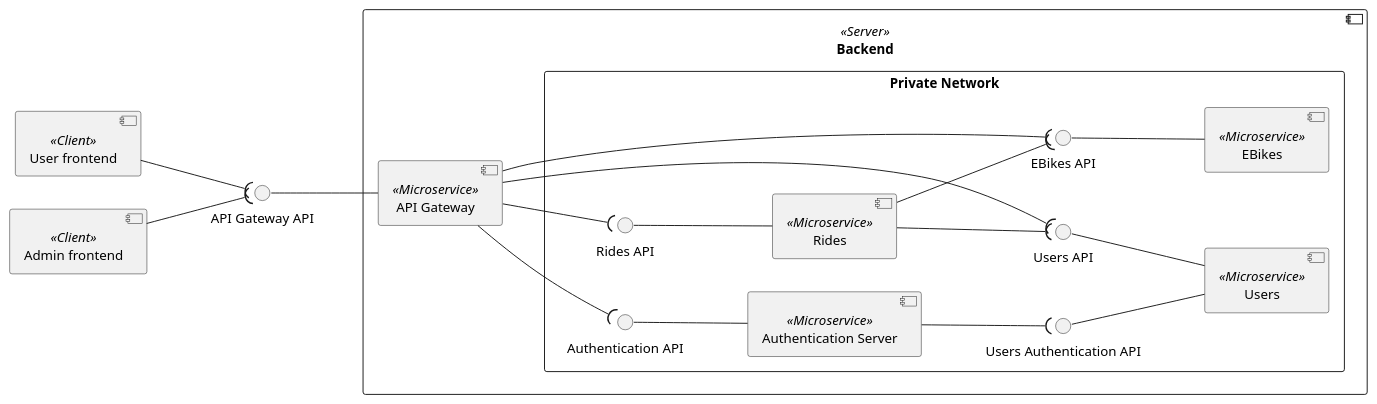
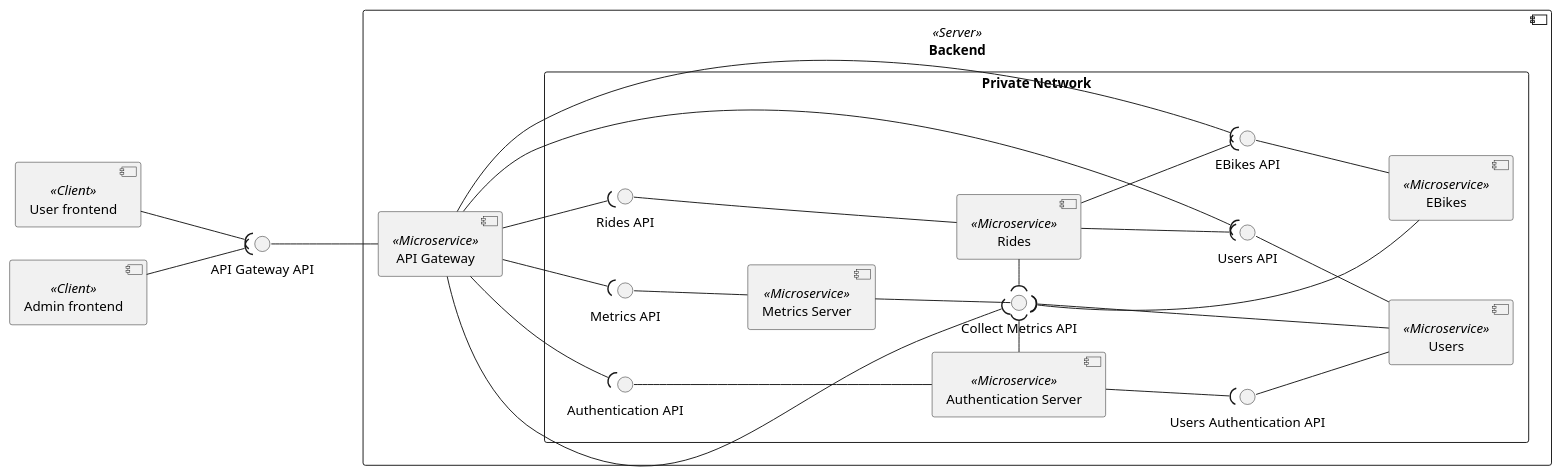
One commit to Ventus218/SAP-assignment-02 changed the diagram in doc/diagrams/src/components.puml. Above: the diagram before and after it, drawn with PlantUML. The commit also changed 11 other files, not shown here.

Commit message:
Added Metrics Server

```diff
--- a/doc/diagrams/src/components.puml
+++ b/doc/diagrams/src/components.puml
@@ -1,44 +1,61 @@
 @startuml components
 
 left to right direction
 
 component "User frontend" as UserFE <<Client>>
 component "Admin frontend" as AdminFE <<Client>>
 
 component Backend <<Server>> {
-    component "API Gateway" as APIGateway <<Microservice>>
+    component "API Gateway" <<Microservice>> as APIGateway
 
     rectangle "Private Network" {
-        component "EBikes" as EBikes <<Microservice>>
+        component "Metrics Server" <<Microservice>> as MetricsServer
+        interface "Metrics API" as MetricsAPI
+        interface "Collect Metrics API" as CollectMetricsAPI
+
+        component "EBikes" <<Microservice>> as EBikes
         interface "EBikes API" as EBikesAPI
+        
+        component "Users" <<Microservice>> as Users
+        interface "Users API" as UsersAPI
+
+        component "Rides" <<Microservice>> as Rides
+        interface "Rides API" as RidesAPI
+
+        component "Authentication Server" <<Microservice>> as AuthServer
+        interface "Authentication API" as AuthAPI
+        interface "Users Authentication API" as UserAuthAPI
+
+        APIGateway --( MetricsAPI
+        APIGateway --( CollectMetricsAPI
+        MetricsServer -u-() MetricsAPI
+
+        MetricsServer --() CollectMetricsAPI
+
         APIGateway --( EBikesAPI
         EBikes -u-() EBikesAPI
+        EBikes -u-( CollectMetricsAPI
 
-        component "Users" as Users <<Microservice>>
-        interface "Users API" as UsersAPI
         APIGateway --( UsersAPI
         Users -u-() UsersAPI
         Users -u-() UserAuthAPI
+        Users -u-( CollectMetricsAPI
 
-        component "Rides" as Rides <<Microservice>>
-        interface "Rides API" as RidesAPI
         APIGateway --( RidesAPI
-        Rides -u-() RidesAPI
+        Rides --u-() RidesAPI
         Rides --( UsersAPI
         Rides --( EBikesAPI
+        Rides -l-( CollectMetricsAPI
 
-        component "Authentication Server" as AuthServer <<Microservice>>
-        interface "Authentication API" as AuthAPI
         APIGateway --( AuthAPI
-        AuthServer -u-() AuthAPI
-
-        interface "Users Authentication API" as UserAuthAPI
+        AuthServer --u-() AuthAPI
         AuthServer --( UserAuthAPI
+        AuthServer -r-( CollectMetricsAPI
     }
 }
 
 APIGateway -u-() "API Gateway API"
 UserFE --( "API Gateway API"
 AdminFE --( "API Gateway API"
 
 @enduml
```
